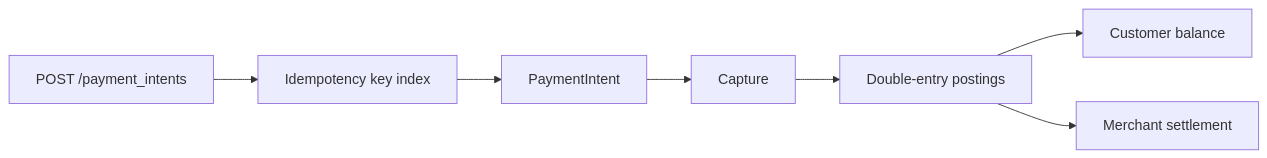
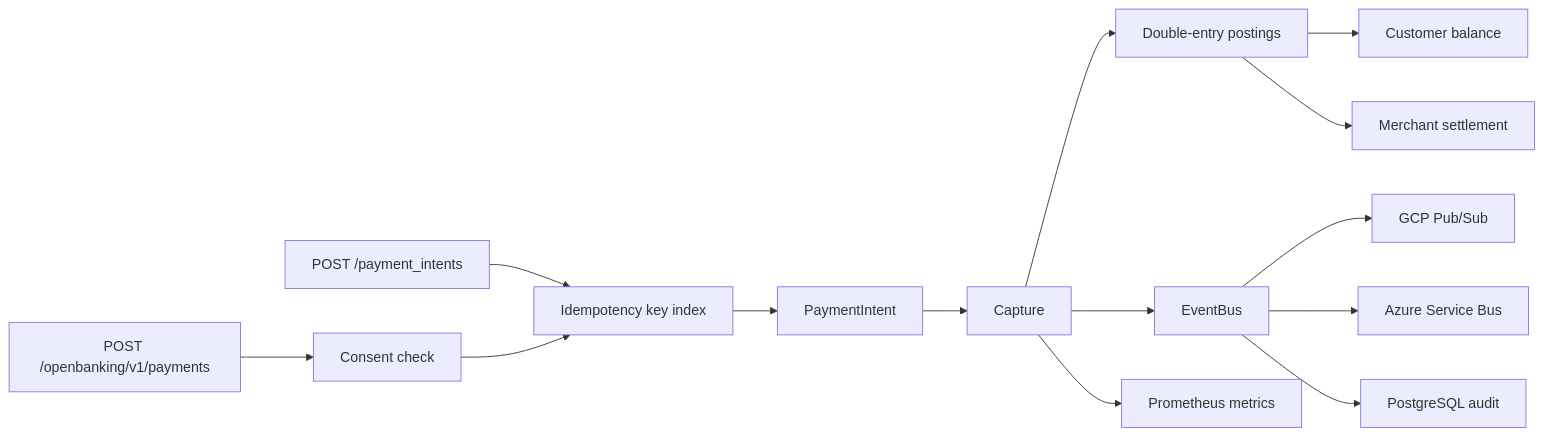
The diagram in README.md (itsoumya-d/go-ledger), drawn with Mermaid before and after one commit. The commit also changed other lines of this file and 21 other files, not shown here.

Commit message:
feat: add Open Banking, GraphQL, cloud event buses, Postgres audit, metrics, K8s and Terraform

````diff
--- a/README.md
+++ b/README.md
@@ -43,9 +80,17 @@
 ```mermaid
 flowchart LR
   A[POST /payment_intents] --> B[Idempotency key index]
   B --> C[PaymentIntent]
   C --> D[Capture]
   D --> E[Double-entry postings]
   E --> F[Customer balance]
   E --> G[Merchant settlement]
+
+  H[POST /openbanking/v1/payments] --> I[Consent check]
+  I --> B
+  D --> J[EventBus]
+  J --> K[GCP Pub/Sub]
+  J --> L[Azure Service Bus]
+  J --> M[PostgreSQL audit]
+  D --> N[Prometheus metrics]
 ```
````
